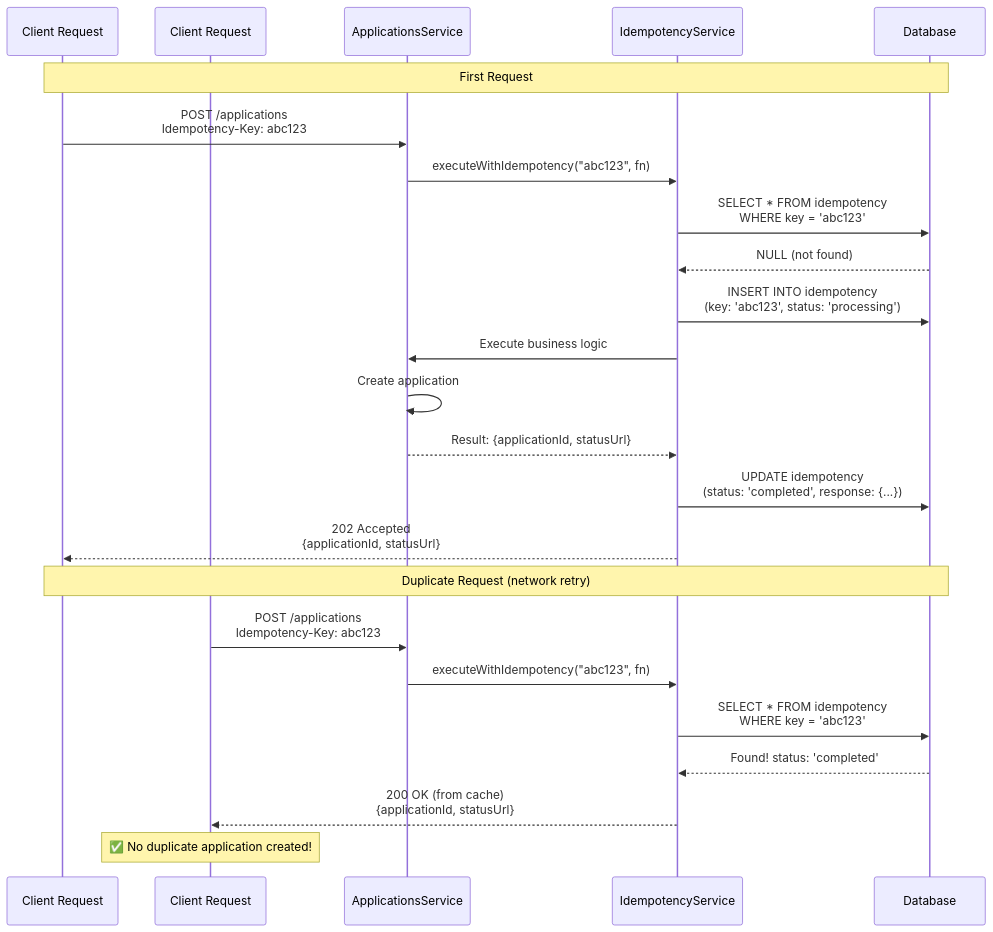
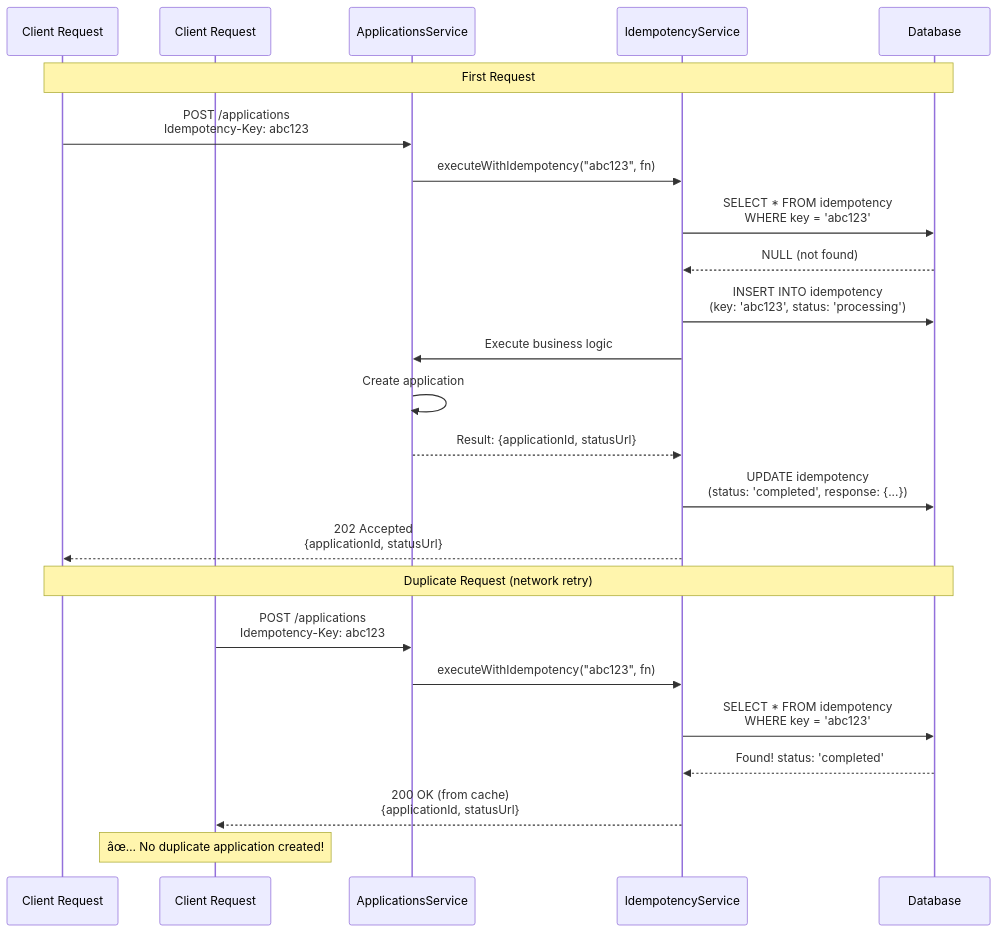
One commit to huytu0702/university_admission_portal changed the second of 11 diagrams in backend/docs/SYSTEM_FLOW_AFTER_PATTERNS.md. Above: the diagram before and after it, drawn with Mermaid. The commit also changed other lines of this file, not shown here.

````diff
--- a/backend/docs/SYSTEM_FLOW_AFTER_PATTERNS.md
+++ b/backend/docs/SYSTEM_FLOW_AFTER_PATTERNS.md
@@ -154,31 +154,31 @@
 ```mermaid
 sequenceDiagram
     participant Client1 as Client Request #1
     participant Client2 as Client Request #2 (Duplicate)
     participant Service as ApplicationsService
     participant IdempotencyService as IdempotencyService
     participant DB as Database
     
     Note over Client1,DB: First Request
     Client1->>Service: POST /applications<br/>Idempotency-Key: abc123
     Service->>IdempotencyService: executeWithIdempotency("abc123", fn)
     IdempotencyService->>DB: SELECT * FROM idempotency<br/>WHERE key = 'abc123'
     DB-->>IdempotencyService: NULL (not found)
     
     IdempotencyService->>DB: INSERT INTO idempotency<br/>(key: 'abc123', status: 'processing')
     IdempotencyService->>Service: Execute business logic
     Service->>Service: Create application
     Service-->>IdempotencyService: Result: {applicationId, statusUrl}
     
     IdempotencyService->>DB: UPDATE idempotency<br/>(status: 'completed', response: {...})
     IdempotencyService-->>Client1: 202 Accepted<br/>{applicationId, statusUrl}
     
     Note over Client1,DB: Duplicate Request (network retry)
     Client2->>Service: POST /applications<br/>Idempotency-Key: abc123
     Service->>IdempotencyService: executeWithIdempotency("abc123", fn)
     IdempotencyService->>DB: SELECT * FROM idempotency<br/>WHERE key = 'abc123'
     DB-->>IdempotencyService: Found! status: 'completed'
     
     IdempotencyService-->>Client2: 200 OK (from cache)<br/>{applicationId, statusUrl}
-    Note over Client2: ✅ No duplicate application created!
+    Note over Client2: âœ… No duplicate application created!
 ```
````
